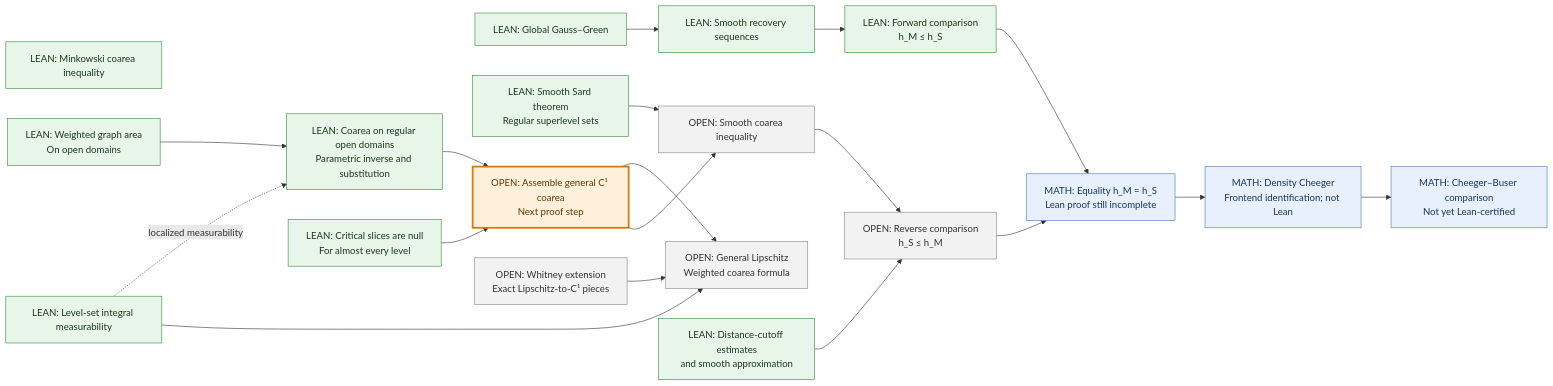
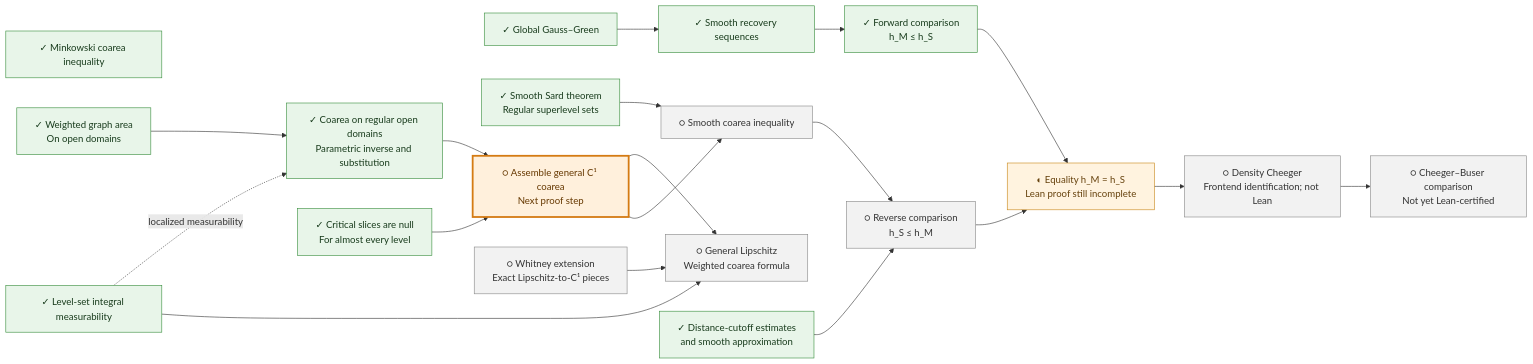
Before and after one commit to human-ai-mathematics/kls-lean: the second of 2 diagrams in README.md, drawn with Mermaid. The commit also changed other lines of this file and 1 other file, not shown here.

Commit message:
docs: restore proof progress symbols across KLS route diagrams

````diff
--- a/README.md
+++ b/README.md
@@ -167,68 +169,68 @@
 ```mermaid
 flowchart LR
-    GG["LEAN: Global Gauss–Green"]
-    REC["LEAN: Smooth recovery sequences"]
-    FWD["LEAN: Forward comparison<br/>h_M ≤ h_S"]
-    MINK["LEAN: Minkowski coarea inequality"]
-    SARD["LEAN: Smooth Sard theorem<br/>Regular superlevel sets"]
-    MEAS["LEAN: Level-set integral measurability"]
-    GRAPH["LEAN: Weighted graph area<br/>On open domains"]
-    REG["LEAN: Coarea on regular open domains<br/>Parametric inverse and substitution"]
-    CRIT["LEAN: Critical slices are null<br/>For almost every level"]
-    C1["OPEN: Assemble general C¹ coarea<br/>Next proof step"]
-    WHIT["OPEN: Whitney extension<br/>Exact Lipschitz-to-C¹ pieces"]
-    LIP["OPEN: General Lipschitz<br/>Weighted coarea formula"]
-    SCI["OPEN: Smooth coarea inequality"]
-    CUT["LEAN: Distance-cutoff estimates<br/>and smooth approximation"]
-    REV["OPEN: Reverse comparison<br/>h_S ≤ h_M"]
-    EQ["MATH: Equality h_M = h_S<br/>Lean proof still incomplete"]
-    FRONT["MATH: Density Cheeger<br/>Frontend identification; not Lean"]
-    CB["MATH: Cheeger–Buser comparison<br/>Not yet Lean-certified"]
+    GG["✓ Global Gauss–Green"]
+    REC["✓ Smooth recovery sequences"]
+    FWD["✓ Forward comparison<br/>h_M ≤ h_S"]
+    MINK["✓ Minkowski coarea inequality"]
+    SARD["✓ Smooth Sard theorem<br/>Regular superlevel sets"]
+    MEAS["✓ Level-set integral measurability"]
+    GRAPH["✓ Weighted graph area<br/>On open domains"]
+    REG["✓ Coarea on regular open domains<br/>Parametric inverse and substitution"]
+    CRIT["✓ Critical slices are null<br/>For almost every level"]
+    C1["○ Assemble general C¹ coarea<br/>Next proof step"]
+    WHIT["○ Whitney extension<br/>Exact Lipschitz-to-C¹ pieces"]
+    LIP["○ General Lipschitz<br/>Weighted coarea formula"]
+    SCI["○ Smooth coarea inequality"]
+    CUT["✓ Distance-cutoff estimates<br/>and smooth approximation"]
+    REV["○ Reverse comparison<br/>h_S ≤ h_M"]
+    EQ["◐ Equality h_M = h_S<br/>Lean proof still incomplete"]
+    FRONT["○ Density Cheeger<br/>Frontend identification; not Lean"]
+    CB["○ Cheeger–Buser comparison<br/>Not yet Lean-certified"]
 
     GG --> REC
     REC --> FWD
     GRAPH --> REG
     MEAS -.->|localized measurability| REG
     REG --> C1
     CRIT --> C1
     C1 --> LIP
     WHIT --> LIP
     MEAS --> LIP
     C1 --> SCI
     SARD --> SCI
     SCI --> REV
     CUT --> REV
     FWD --> EQ
     REV --> EQ
     EQ --> FRONT
     FRONT --> CB
 
-    classDef lean fill:#e8f5e9,stroke:#388e3c,color:#183b1c;
-    classDef math fill:#e8f0fe,stroke:#5078b8,color:#18355c;
-    classDef conditional fill:#fff3df,stroke:#c88719,color:#66420d;
-    classDef open fill:#f2f2f2,stroke:#888,color:#333;
+    classDef done fill:#e8f5e9,stroke:#388e3c,color:#183b1c;
+    classDef partial fill:#fff3df,stroke:#c88719,color:#66420d;
+    classDef todo fill:#f2f2f2,stroke:#888,color:#333;
     classDef focus fill:#fff0dc,stroke:#d47b13,color:#663800,stroke-width:3px;
     classDef logic fill:#ffffff,stroke:#555,color:#222;
-    class GG,REC,FWD,MINK,SARD,MEAS,GRAPH,REG,CRIT,CUT lean;
-    class EQ,FRONT,CB math;
-    class WHIT,LIP,SCI,REV open;
+    class GG,REC,FWD,MINK,SARD,MEAS,GRAPH,REG,CRIT,CUT done;
+    class FRONT,CB todo;
+    class EQ partial;
+    class WHIT,LIP,SCI,REV todo;
     class C1 focus;
-    click GG href "https://github.com/numina-functional-inequalities/kls-lean/blob/main/formalization/FunctionalInequalities/KLS/Geometry/GaussGreen.lean" "LEAN: Global Gauss–Green" _blank
-    click REC href "https://github.com/numina-functional-inequalities/kls-lean/blob/main/formalization/FunctionalInequalities/KLS/Geometry/PerimeterRecovery.lean" "LEAN: Smooth recovery sequences" _blank
-    click FWD href "https://github.com/numina-functional-inequalities/kls-lean/blob/main/formalization/FunctionalInequalities/KLS/Geometry/CheegerInfimum.lean" "LEAN: Forward comparison — h_M ≤ h_S" _blank
-    click MINK href "https://github.com/numina-functional-inequalities/kls-lean/blob/main/formalization/FunctionalInequalities/KLS/Geometry/MinkowskiContent.lean" "LEAN: Minkowski coarea inequality" _blank
-    click SARD href "https://github.com/numina-functional-inequalities/kls-lean/blob/main/formalization/FunctionalInequalities/Analysis/SmoothSard.lean" "LEAN: Smooth Sard theorem — Regular superlevel sets" _blank
-    click MEAS href "https://github.com/numina-functional-inequalities/kls-lean/blob/main/formalization/FunctionalInequalities/KLS/Geometry/LevelSetMeasurable.lean" "LEAN: Level-set integral measurability" _blank
-    click GRAPH href "https://github.com/numina-functional-inequalities/kls-lean/blob/main/formalization/FunctionalInequalities/Analysis/OpenGraphIntegral.lean" "LEAN: Weighted graph area — On open domains" _blank
-    click REG href "https://github.com/numina-functional-inequalities/kls-lean/blob/main/formalization/FunctionalInequalities/KLS/Geometry/RegularCoarea.lean" "LEAN: Coarea on regular open domains — Parametric inverse and substitution" _blank
-    click CRIT href "https://github.com/numina-functional-inequalities/kls-lean/blob/main/formalization/FunctionalInequalities/KLS/Geometry/CriticalSlice.lean" "LEAN: Critical slices are null — For almost every level" _blank
-    click C1 href "https://github.com/numina-functional-inequalities/kls-lean/blob/main/research/decisions/2026-09-15-weighted-coarea-route.md#l11" "OPEN: Assemble general C¹ coarea — Next proof step" _blank
-    click WHIT href "https://github.com/numina-functional-inequalities/kls-lean/blob/main/research/decisions/2026-09-15-weighted-coarea-route.md#l6" "OPEN: Whitney extension — Exact Lipschitz-to-C¹ pieces" _blank
-    click LIP href "https://github.com/numina-functional-inequalities/kls-lean/blob/main/research/decisions/2026-09-15-weighted-coarea-route.md#l12" "OPEN: General Lipschitz — Weighted coarea formula" _blank
-    click SCI href "https://github.com/numina-functional-inequalities/kls-lean/blob/main/formalization/FunctionalInequalities/KLS/WIP/CheegerInfimum.lean" "OPEN: Smooth coarea inequality" _blank
-    click CUT href "https://github.com/numina-functional-inequalities/kls-lean/blob/main/formalization/FunctionalInequalities/KLS/Geometry/DistanceCutoff.lean" "LEAN: Distance-cutoff estimates — and smooth approximation" _blank
-    click REV href "https://github.com/numina-functional-inequalities/kls-lean/blob/main/formalization/FunctionalInequalities/KLS/WIP/CheegerInfimum.lean" "OPEN: Reverse comparison — h_S ≤ h_M" _blank
-    click EQ href "https://github.com/numina-functional-inequalities/kls-lean/blob/main/formalization/FunctionalInequalities/KLS/WIP/CheegerInfimum.lean" "MATH: Equality h_M = h_S — Lean proof still incomplete" _blank
-    click FRONT href "https://github.com/numina-functional-inequalities/kls-lean/blob/main/formalization/blueprint/src/chapters/45-shared-analytic-bridges.tex" "MATH: Density Cheeger — Frontend identification; not Lean" _blank
-    click CB href "https://github.com/numina-functional-inequalities/kls-lean/blob/main/formalization/blueprint/src/chapters/45-shared-analytic-bridges.tex" "MATH: Cheeger–Buser comparison — Not yet Lean-certified" _blank
+    click GG href "https://github.com/numina-functional-inequalities/kls-lean/blob/main/formalization/FunctionalInequalities/KLS/Geometry/GaussGreen.lean" "✓ Global Gauss–Green" _blank
+    click REC href "https://github.com/numina-functional-inequalities/kls-lean/blob/main/formalization/FunctionalInequalities/KLS/Geometry/PerimeterRecovery.lean" "✓ Smooth recovery sequences" _blank
+    click FWD href "https://github.com/numina-functional-inequalities/kls-lean/blob/main/formalization/FunctionalInequalities/KLS/Geometry/CheegerInfimum.lean" "✓ Forward comparison — h_M ≤ h_S" _blank
+    click MINK href "https://github.com/numina-functional-inequalities/kls-lean/blob/main/formalization/FunctionalInequalities/KLS/Geometry/MinkowskiContent.lean" "✓ Minkowski coarea inequality" _blank
+    click SARD href "https://github.com/numina-functional-inequalities/kls-lean/blob/main/formalization/FunctionalInequalities/Analysis/SmoothSard.lean" "✓ Smooth Sard theorem — Regular superlevel sets" _blank
+    click MEAS href "https://github.com/numina-functional-inequalities/kls-lean/blob/main/formalization/FunctionalInequalities/KLS/Geometry/LevelSetMeasurable.lean" "✓ Level-set integral measurability" _blank
+    click GRAPH href "https://github.com/numina-functional-inequalities/kls-lean/blob/main/formalization/FunctionalInequalities/Analysis/OpenGraphIntegral.lean" "✓ Weighted graph area — On open domains" _blank
+    click REG href "https://github.com/numina-functional-inequalities/kls-lean/blob/main/formalization/FunctionalInequalities/KLS/Geometry/RegularCoarea.lean" "✓ Coarea on regular open domains — Parametric inverse and substitution" _blank
+    click CRIT href "https://github.com/numina-functional-inequalities/kls-lean/blob/main/formalization/FunctionalInequalities/KLS/Geometry/CriticalSlice.lean" "✓ Critical slices are null — For almost every level" _blank
+    click C1 href "https://github.com/numina-functional-inequalities/kls-lean/blob/main/research/decisions/2026-09-15-weighted-coarea-route.md#l11" "○ Assemble general C¹ coarea — Next proof step" _blank
+    click WHIT href "https://github.com/numina-functional-inequalities/kls-lean/blob/main/research/decisions/2026-09-15-weighted-coarea-route.md#l6" "○ Whitney extension — Exact Lipschitz-to-C¹ pieces" _blank
+    click LIP href "https://github.com/numina-functional-inequalities/kls-lean/blob/main/research/decisions/2026-09-15-weighted-coarea-route.md#l12" "○ General Lipschitz — Weighted coarea formula" _blank
+    click SCI href "https://github.com/numina-functional-inequalities/kls-lean/blob/main/formalization/FunctionalInequalities/KLS/WIP/CheegerInfimum.lean" "○ Smooth coarea inequality" _blank
+    click CUT href "https://github.com/numina-functional-inequalities/kls-lean/blob/main/formalization/FunctionalInequalities/KLS/Geometry/DistanceCutoff.lean" "✓ Distance-cutoff estimates — and smooth approximation" _blank
+    click REV href "https://github.com/numina-functional-inequalities/kls-lean/blob/main/formalization/FunctionalInequalities/KLS/WIP/CheegerInfimum.lean" "○ Reverse comparison — h_S ≤ h_M" _blank
+    click EQ href "https://github.com/numina-functional-inequalities/kls-lean/blob/main/formalization/FunctionalInequalities/KLS/WIP/CheegerInfimum.lean" "◐ Equality h_M = h_S — Lean proof still incomplete" _blank
+    click FRONT href "https://github.com/numina-functional-inequalities/kls-lean/blob/main/formalization/blueprint/src/chapters/45-shared-analytic-bridges.tex" "○ Density Cheeger — Frontend identification; not Lean" _blank
+    click CB href "https://github.com/numina-functional-inequalities/kls-lean/blob/main/formalization/blueprint/src/chapters/45-shared-analytic-bridges.tex" "○ Cheeger–Buser comparison — Not yet Lean-certified" _blank
 ```
````
